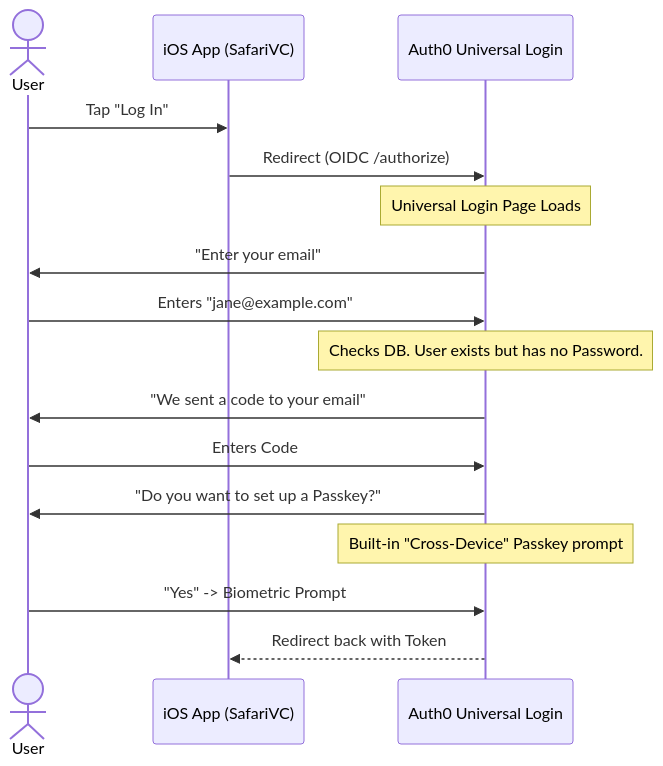
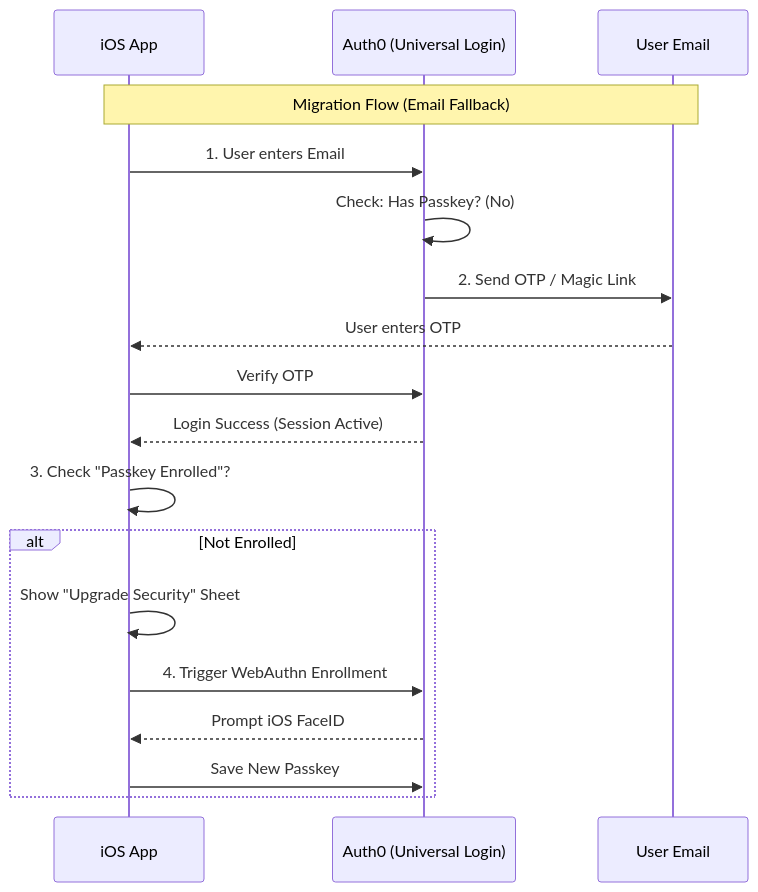
The diagram in migration_strategy_auth0.md (climax-dev-1/test-project), drawn with Mermaid before and after one commit. The commit also changed other lines of this file and 2 other files, not shown here.

Commit message:
docs: add migration strategies for cognito and auth0

````diff
--- a/migration_strategy_auth0.md
+++ b/migration_strategy_auth0.md
@@ -33,25 +44,23 @@
 ```mermaid
 sequenceDiagram
-    actor User
-    participant App as iOS App (SafariVC)
-    participant Auth0 as Auth0 Universal Login
-
-    User->>App: Tap "Log In"
-    App->>Auth0: Redirect (OIDC /authorize)
+    participant App as iOS App
+    participant A0 as Auth0 (Universal Login)
+    participant Email as User Email
     
-    Note over Auth0: Universal Login Page Loads
+    Note over App, Email: Migration Flow (Email Fallback)
     
-    Auth0->>User: "Enter your email"
-    User->>Auth0: Enters "jane@example.com"
+    App->>A0: 1. User enters Email
+    A0->>A0: Check: Has Passkey? (No)
+    A0->>Email: 2. Send OTP / Magic Link
+    Email-->>App: User enters OTP
+    App->>A0: Verify OTP
+    A0-->>App: Login Success (Session Active)
     
-    Note over Auth0: Checks DB. User exists but has no Password.
-    
-    Auth0->>User: "We sent a code to your email"
-    User->>Auth0: Enters Code
-    
-    Auth0->>User: "Do you want to set up a Passkey?"
-    Note over Auth0: Built-in "Cross-Device" Passkey prompt
-    
-    User->>Auth0: "Yes" -> Biometric Prompt
-    Auth0-->>App: Redirect back with Token
+    App->>App: 3. Check "Passkey Enrolled"?
+    alt Not Enrolled
+        App->>App: Show "Upgrade Security" Sheet
+        App->>A0: 4. Trigger WebAuthn Enrollment
+        A0-->>App: Prompt iOS FaceID
+        App->>A0: Save New Passkey
+    end
 ```
````
